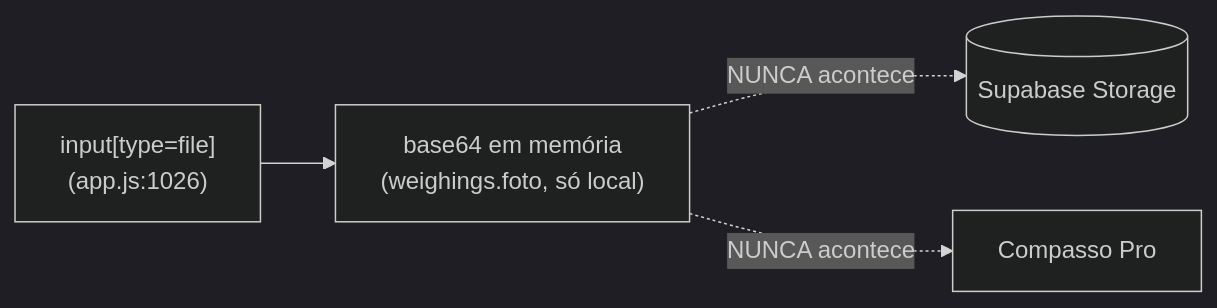
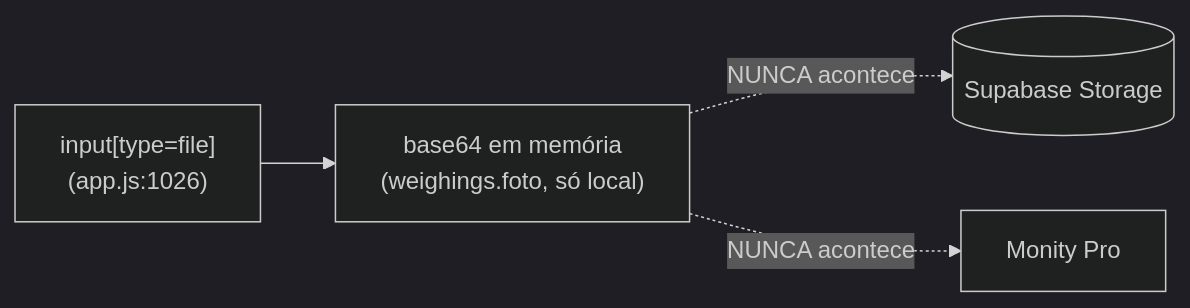
One commit to anadebora03/monity changed the fifth of 7 diagrams in AUDITORIA_ARQUITETURAL_PRO.md. Above: the diagram before and after it, drawn with Mermaid (dark theme). The commit also changed other lines of this file and 112 other files, not shown here.

First line of the commit message:
feat: Sprints 021-027 (Agenda, Plano Terapeutico, Priorizacao Clinica, Jornada) + rebranding Compasso -> Monity

````diff
--- a/AUDITORIA_ARQUITETURAL_PRO.md
+++ b/AUDITORIA_ARQUITETURAL_PRO.md
@@ -87,6 +87,6 @@
 ```mermaid
 flowchart LR
     Foto["input[type=file]\n(app.js:1026)"] --> Base64["base64 em memória\n(weighings.foto, só local)"]
     Base64 -.->|"NUNCA acontece"| Supa[(Supabase Storage)]
-    Base64 -.->|"NUNCA acontece"| ProApp["Compasso Pro"]
+    Base64 -.->|"NUNCA acontece"| ProApp["Monity Pro"]
 ```
````
